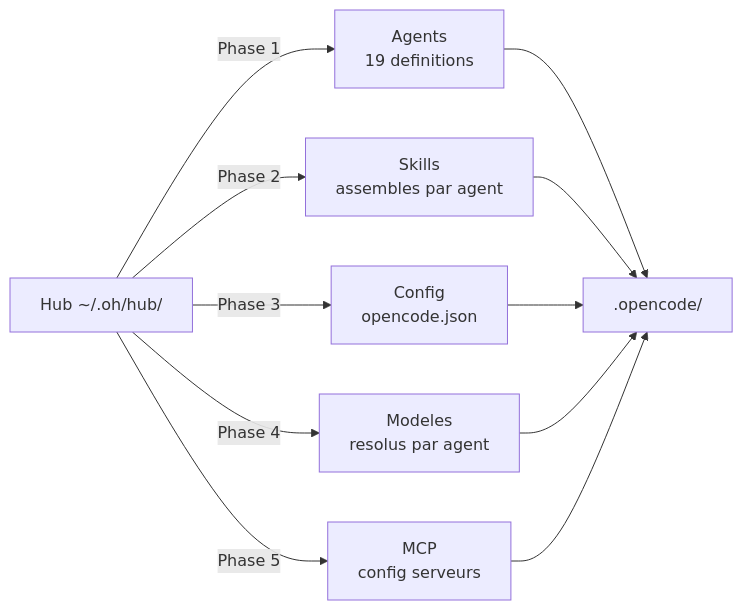
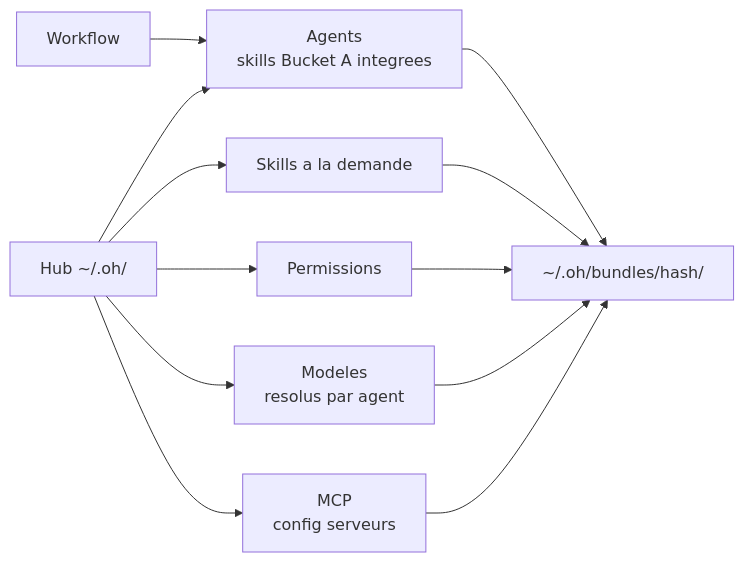
One commit to datichb/openhub changed the second of 3 diagrams in docs/guides/configuration-guide.fr.md. Above: the diagram before and after it, drawn with Mermaid. The commit also changed other lines of this file and 92 other files, not shown here.

````diff
--- a/docs/guides/configuration-guide.fr.md
+++ b/docs/guides/configuration-guide.fr.md
@@ -229,13 +231,14 @@
 ```mermaid
 flowchart LR
-    H[Hub ~/.oh/hub/] -->|Phase 1| A[Agents<br/>19 definitions]
-    H -->|Phase 2| S[Skills<br/>assembles par agent]
-    H -->|Phase 3| C[Config<br/>opencode.json]
-    H -->|Phase 4| M[Modeles<br/>resolus par agent]
-    H -->|Phase 5| MCP[MCP<br/>config serveurs]
-    A --> D[.opencode/]
+    W[Workflow] --> A[Agents<br/>skills Bucket A integrees]
+    H[Hub ~/.oh/] --> A
+    H --> S[Skills a la demande]
+    H --> P[Permissions]
+    H --> M[Modeles<br/>resolus par agent]
+    H --> MCP[MCP<br/>config serveurs]
+    A --> D[~/.oh/bundles/hash/]
     S --> D
-    C --> D
+    P --> D
     M --> D
     MCP --> D
 ```
````
